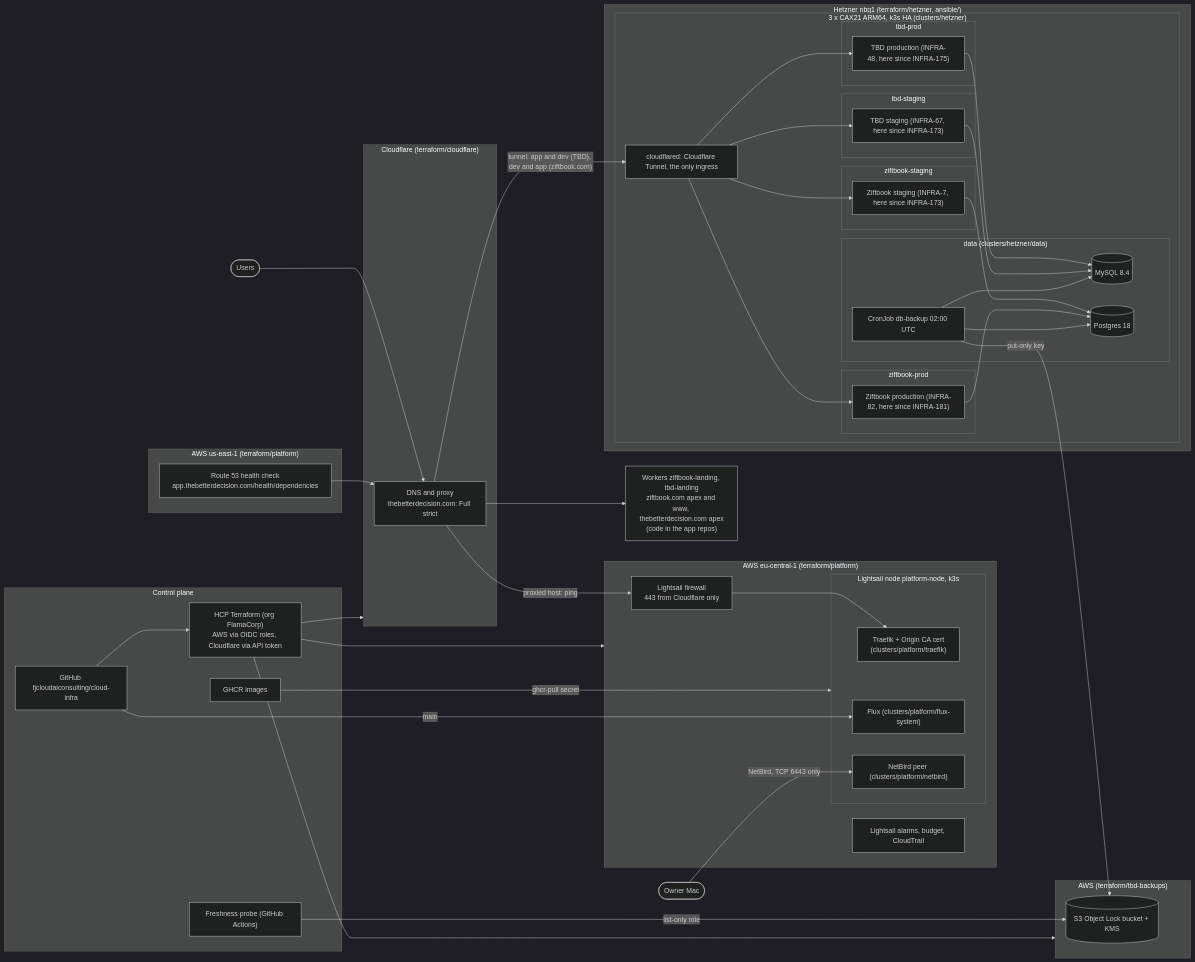
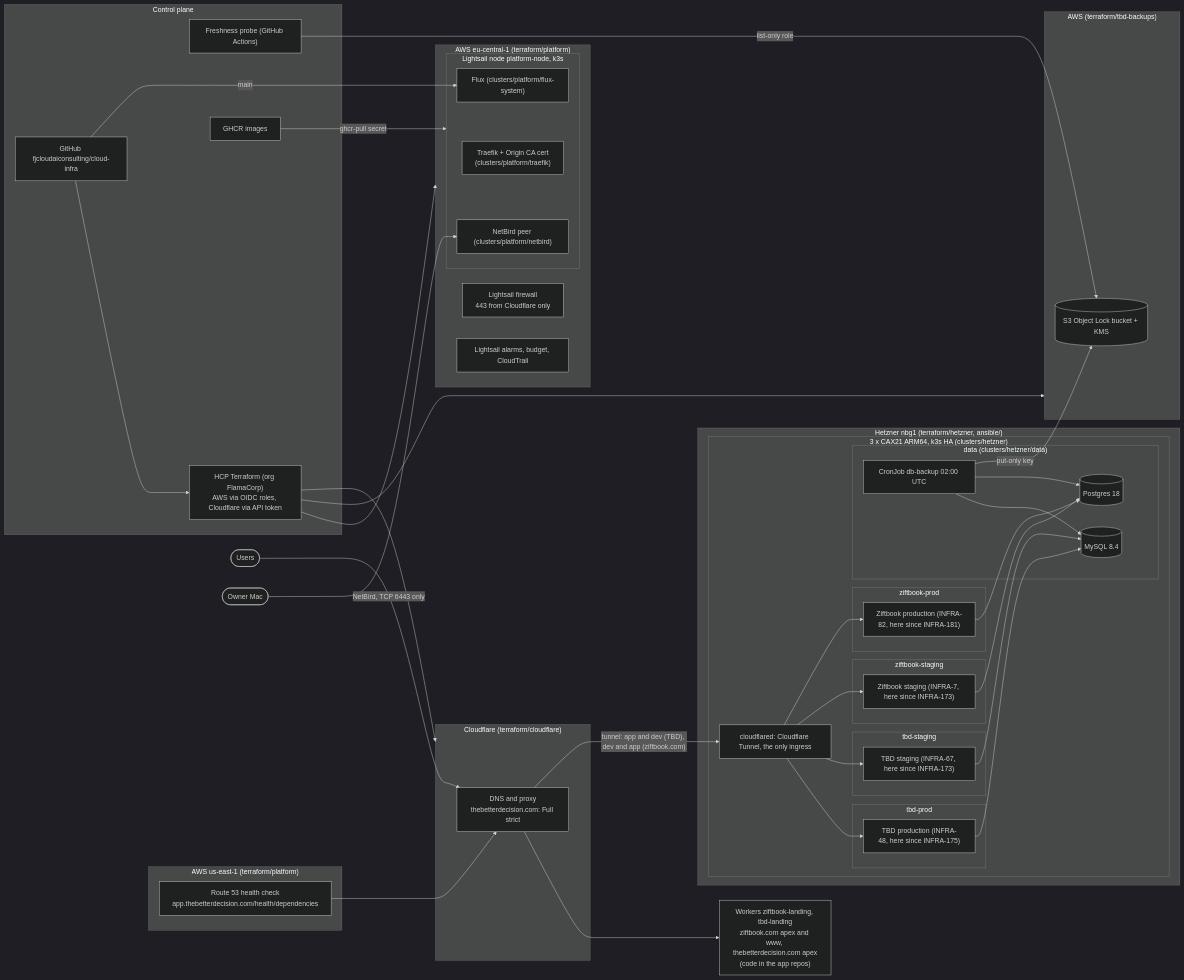
Before and after one commit to fjcloudaiconsulting/aws-infra: the diagram in docs/architecture.md, drawn with Mermaid (dark theme). The commit also changed other lines of this file and 7 other files, not shown here.

````diff
--- a/docs/architecture.md
+++ b/docs/architecture.md
@@ -7,70 +7,69 @@
 ```mermaid
 flowchart LR
   user([Users]) --> cf
 
   subgraph cloudflare["Cloudflare (terraform/cloudflare)"]
     cf["DNS and proxy<br/>thebetterdecision.com: Full strict"]
   end
   worker["Workers ziftbook-landing, tbd-landing<br/>ziftbook.com apex and www, thebetterdecision.com apex<br/>(code in the app repos)"]
   cf --> worker
 
   subgraph aws_platform["AWS eu-central-1 (terraform/platform)"]
     fw["Lightsail firewall<br/>443 from Cloudflare only"]
     subgraph node["Lightsail node platform-node, k3s"]
       traefik["Traefik + Origin CA cert<br/>(clusters/platform/traefik)"]
       flux["Flux (clusters/platform/flux-system)"]
       netbird["NetBird peer (clusters/platform/netbird)"]
     end
     alarms["Lightsail alarms, budget, CloudTrail"]
   end
-  cf -->|"proxied host: ping"| fw --> traefik
 
   subgraph hetzner["Hetzner nbg1 (terraform/hetzner, ansible/)"]
     subgraph hk3s["3 x CAX21 ARM64, k3s HA (clusters/hetzner)"]
       cfd["cloudflared: Cloudflare Tunnel, the only ingress"]
       subgraph ns_tbdp["tbd-prod"]
         tbdprod["TBD production (INFRA-48, here since INFRA-175)"]
       end
       subgraph ns_tbds["tbd-staging"]
         tbdstg["TBD staging (INFRA-67, here since INFRA-173)"]
       end
       subgraph ns_zif["ziftbook-staging"]
         zifapp["Ziftbook staging (INFRA-7, here since INFRA-173)"]
       end
       subgraph ns_zifp["ziftbook-prod"]
         zifprod["Ziftbook production (INFRA-82, here since INFRA-181)"]
       end
       subgraph hdata["data (clusters/hetzner/data)"]
         hmysql[("MySQL 8.4")]
         hpostgres[("Postgres 18")]
         hbackup["CronJob db-backup 02:00 UTC"]
       end
     end
   end
   cf -->|"tunnel: app and dev (TBD), dev and app (ziftbook.com)"| cfd --> tbdprod & tbdstg & zifapp & zifprod
   tbdprod & tbdstg --> hmysql
   zifapp & zifprod --> hpostgres
   hbackup --> hmysql & hpostgres
 
   subgraph aws_backups["AWS (terraform/tbd-backups)"]
     bucket[("S3 Object Lock bucket + KMS")]
   end
   hbackup -->|"put-only key"| bucket
   probe -->|"list-only role"| bucket
 
   subgraph useast["AWS us-east-1 (terraform/platform)"]
     hc["Route 53 health check<br/>app.thebetterdecision.com/health/dependencies"]
   end
   hc --> cf
 
   subgraph control["Control plane"]
     gh["GitHub fjcloudaiconsulting/cloud-infra"]
     tfc["HCP Terraform (org FlamaCorp)<br/>AWS via OIDC roles, Cloudflare via API token"]
     ghcr["GHCR images"]
     probe["Freshness probe (GitHub Actions)"]
   end
   gh --> tfc --> aws_platform & aws_backups & cloudflare
   gh -->|"main"| flux
   ghcr -->|"ghcr-pull secret"| node
   owner([Owner Mac]) -->|"NetBird, TCP 6443 only"| netbird
 ```
````
